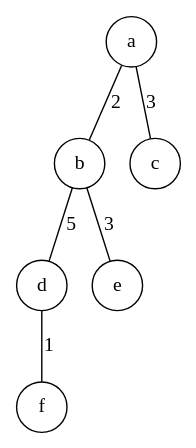
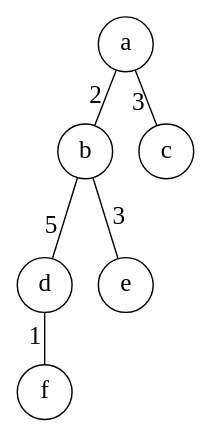
Before and after one commit to sgolodetz/waterfallpaper: the diagram in graphs/rootmst-before.gv, drawn with Graphviz. The commit also changed 11 other files, not shown here.

Commit message:
Make non-aliased versions of Figure 8 and Figure 9.

```diff
--- a/graphs/rootmst-before.gv
+++ b/graphs/rootmst-before.gv
@@ -1,11 +1,11 @@
 digraph
 {
-	node [shape=circle];
-	edge [dir=both, arrowtail=none, arrowhead=none];
+	node [shape=circle, fontsize=18];
+	edge [dir=both, arrowtail=none, arrowhead=none, fontsize=18];
 
-	a -> b [label=2];
-	a -> c [label=3];
-	b -> d [label=5];
+	a -> b [headlabel=2, labeldistance=2, labelangle=20];
+	a -> c [headlabel=3, labeldistance=2, labelangle=20];
+	b -> d [headlabel=5, labeldistance=2.2, labelangle=20];
 	b -> e [label=3];
-	d -> f [label=1];
+	d -> f [headlabel=1, labeldistance=2, labelangle=20];
 }
```
